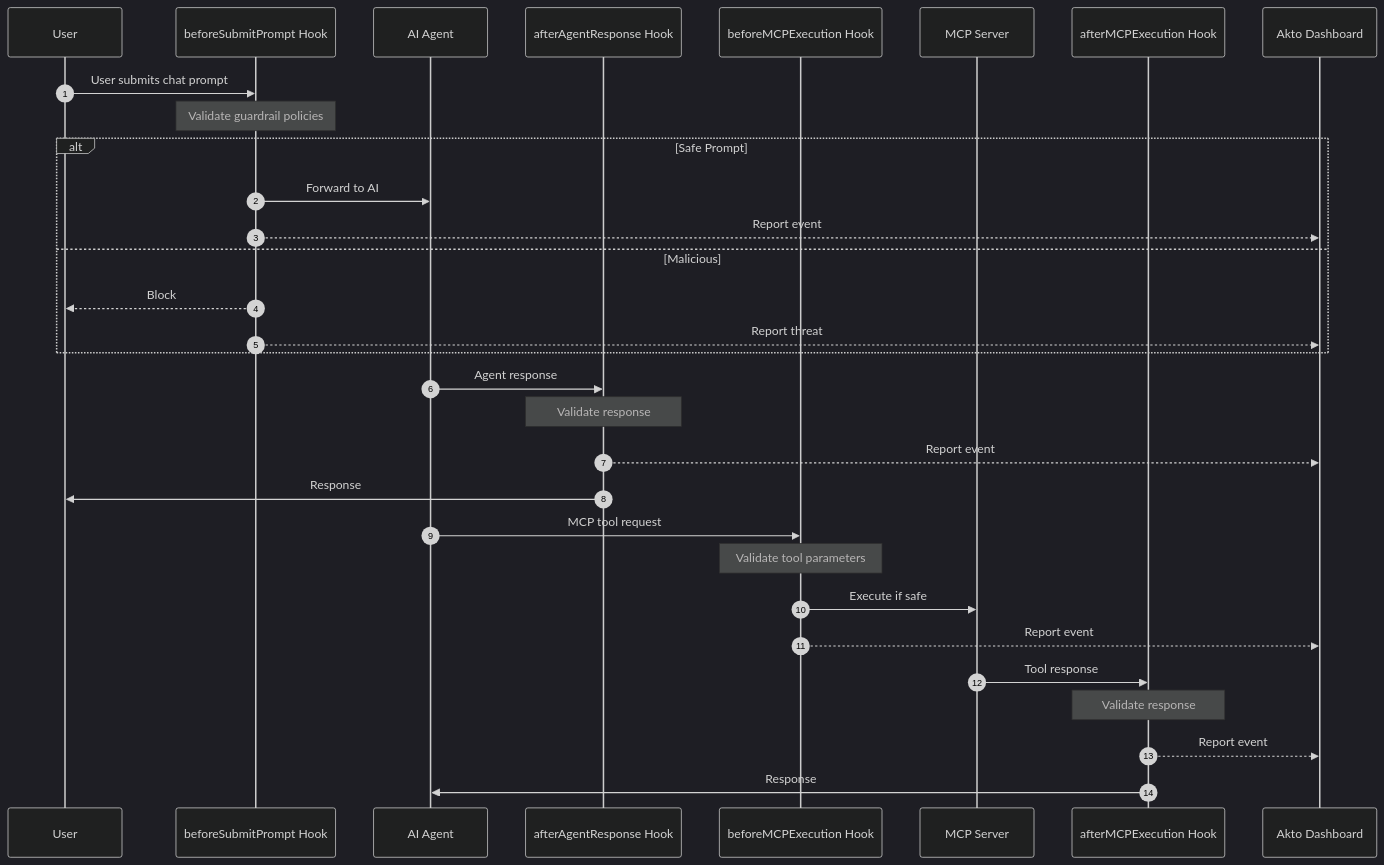
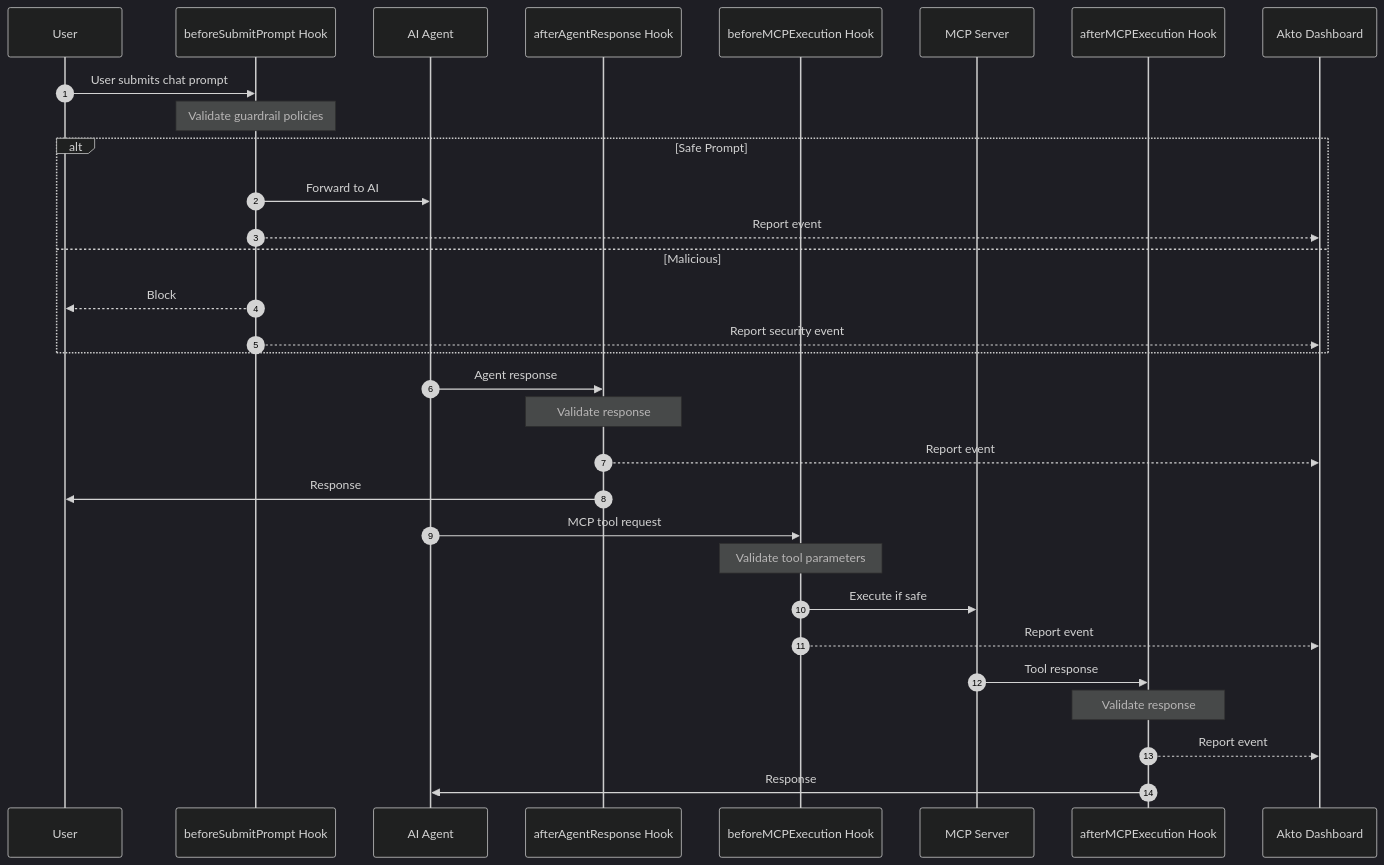
Before and after one commit to akto-api-security/Documentation: the diagram in akto-atlas-agentic-ai-security-for-employee-endpoints/endpoints-discovery-agents/cursor-hooks.md, drawn with Mermaid (dark theme). The commit also changed 40 other files, not shown here.

````diff
--- a/akto-atlas-agentic-ai-security-for-employee-endpoints/endpoints-discovery-agents/cursor-hooks.md
+++ b/akto-atlas-agentic-ai-security-for-employee-endpoints/endpoints-discovery-agents/cursor-hooks.md
@@ -18,37 +18,37 @@
 ```mermaid
 sequenceDiagram
     autonumber
     participant User
     participant ChatHook as beforeSubmitPrompt Hook
     participant Agent as AI Agent
     participant ChatResponseHook as afterAgentResponse Hook
     participant MCPBeforeHook as beforeMCPExecution Hook
     participant MCP as MCP Server
     participant MCPAfterHook as afterMCPExecution Hook
     participant Akto as Akto Dashboard
 
     User->>ChatHook: User submits chat prompt
     Note over ChatHook: Validate guardrail policies
     alt Safe Prompt
         ChatHook->>Agent: Forward to AI
         ChatHook-->>Akto: Report event
     else Malicious
         ChatHook-->>User: Block
-        ChatHook-->>Akto: Report threat
+        ChatHook-->>Akto: Report security event
     end
 
     Agent->>ChatResponseHook: Agent response
     Note over ChatResponseHook: Validate response
     ChatResponseHook-->>Akto: Report event
     ChatResponseHook->>User: Response
 
     Agent->>MCPBeforeHook: MCP tool request
     Note over MCPBeforeHook: Validate tool parameters
     MCPBeforeHook->>MCP: Execute if safe
     MCPBeforeHook-->>Akto: Report event
 
     MCP->>MCPAfterHook: Tool response
     Note over MCPAfterHook: Validate response
     MCPAfterHook-->>Akto: Report event
     MCPAfterHook->>Agent: Response
 ```
````
